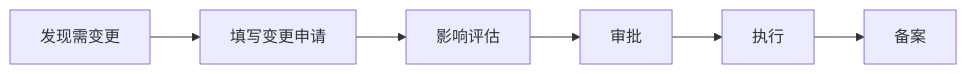
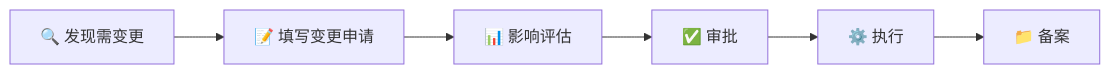
Before and after one commit to diedie23/Game-Knowledge-Base: the second of 2 diagrams in docs/knowledge-base/budget-apply.md, drawn with Mermaid. The commit also changed other lines of this file and 4 other files, not shown here.

````diff
--- a/docs/knowledge-base/budget-apply.md
+++ b/docs/knowledge-base/budget-apply.md
@@ -107,8 +117,8 @@
 ```mermaid
 graph LR
-    A[发现需变更] --> B[填写变更申请]
-    B --> C[影响评估]
-    C --> D[审批]
-    D --> E[执行]
-    E --> F[备案]
+    A[🔍 发现需变更] --> B[📝 填写变更申请]
+    B --> C[📊 影响评估]
+    C --> D[✅ 审批]
+    D --> E[⚙️ 执行]
+    E --> F[📁 备案]
 ```
````
